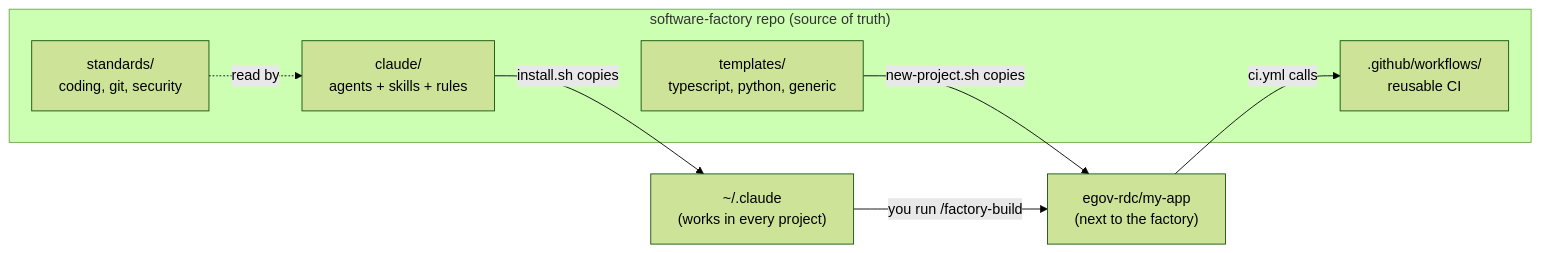
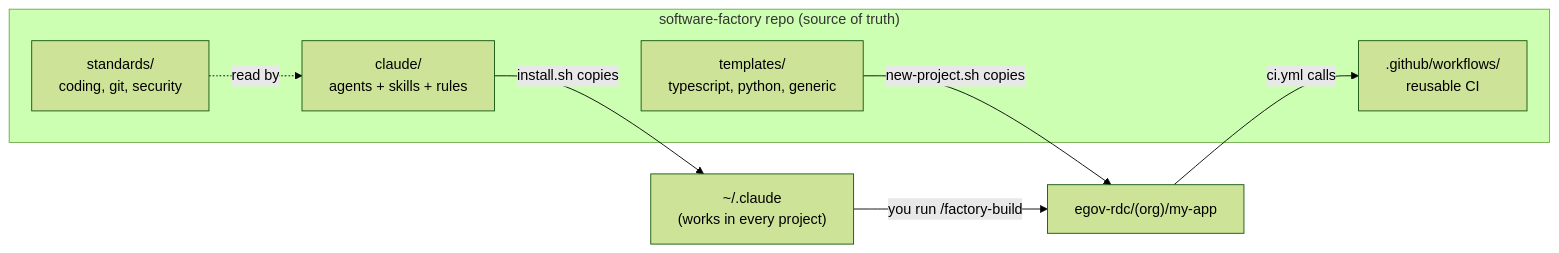
Before and after one commit to egov-sofa/software-factory: the first of 2 diagrams in docs/HOW-IT-WORKS.md, drawn with Mermaid (forest theme). The commit also changed other lines of this file and 12 other files, not shown here.

First line of the commit message:
feat: move factory to egov-sofa org; projects go in <workspace>/<org>/<name>

````diff
--- a/docs/HOW-IT-WORKS.md
+++ b/docs/HOW-IT-WORKS.md
@@ -5,15 +5,15 @@
 ```mermaid
 flowchart LR
     subgraph Factory["software-factory repo (source of truth)"]
         A[claude/<br/>agents + skills + rules]
         T[templates/<br/>typescript, python, generic]
         W[.github/workflows/<br/>reusable CI]
         S[standards/<br/>coding, git, security]
     end
 
     A -- install.sh copies --> C["~/.claude<br/>(works in every project)"]
-    T -- new-project.sh copies --> P["egov-rdc/my-app<br/>(next to the factory)"]
+    T -- new-project.sh copies --> P["egov-rdc/(org)/my-app"]
     P -- ci.yml calls --> W
     S -. read by .-> A
     C -- you run /factory-build --> P
 ```
````
